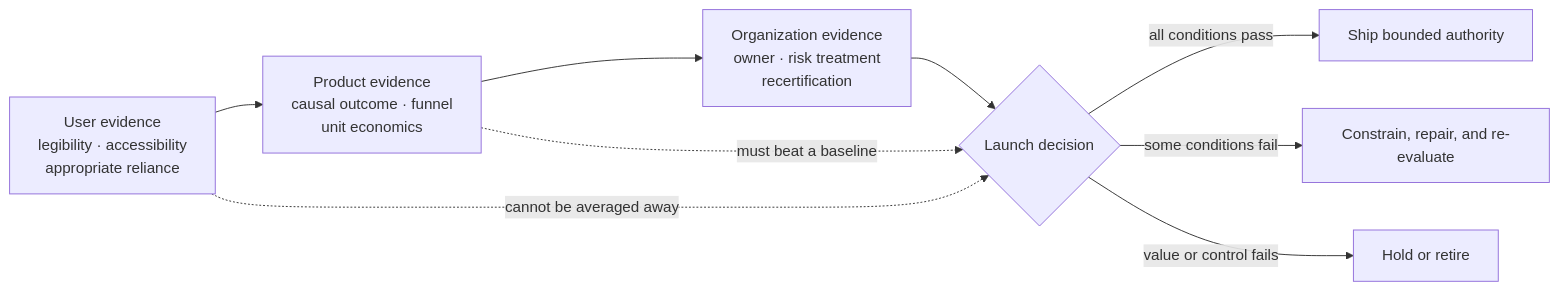
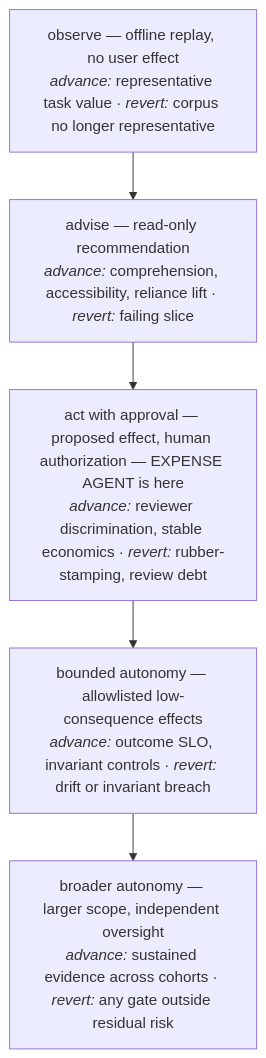
One commit to omkarsarde/agentic-engineering changed the second of 3 diagrams in chapters/28-products-people-organizations.qmd. Above: the diagram before and after it, drawn with Mermaid. The commit also changed other lines of this file and 3 other files, not shown here.

````diff
--- a/chapters/28-products-people-organizations.qmd
+++ b/chapters/28-products-people-organizations.qmd
@@ -39,14 +629,13 @@
 ```{mermaid}
-%%| label: fig-ch28-three-rings
-%%| fig-cap: "Which three evidence rings must agree before an agent receives more authority?"
-%%| fig-alt: "A user evidence ring containing legibility, accessibility, and appropriate reliance feeds a product evidence ring containing outcomes, funnel, and unit economics. That feeds an organization evidence ring containing ownership, risk, and recertification. All three enter one launch decision that can ship, constrain, or hold."
-flowchart LR
-    U["User evidence<br/>legibility · accessibility<br/>appropriate reliance"] --> P["Product evidence<br/>causal outcome · funnel<br/>unit economics"]
-    P --> O["Organization evidence<br/>owner · risk treatment<br/>recertification"]
-    O --> D{"Launch decision"}
-    D -->|"all conditions pass"| SHIP["Ship bounded authority"]
-    D -->|"some conditions fail"| LIMIT["Constrain, repair, and re-evaluate"]
-    D -->|"value or control fails"| HOLD["Hold or retire"]
-    U -. "cannot be averaged away" .-> D
-    P -. "must beat a baseline" .-> D
+%%| echo: false
+%%| label: fig-ch28-ladder
+%%| fig-cap: "What advances an agent up the autonomy ladder, and what reverts it? Each rung names the evidence to climb and the condition that sends it back down. Our expense agent is stuck at act-with-approval: the reliance and accessibility evidence for the next rung is failing."
+%%| fig-alt: "A five-rung ladder from bottom to top: observe (offline replay), advise (read-only recommendation), act with approval (proposed effect, human authorization) marked current, bounded autonomy (allowlisted low-consequence effects), broader autonomy (larger scope with independent oversight). Each rung lists evidence to advance and a reversion condition. An arrow marks the expense agent held at act-with-approval."
+flowchart TB
+    R5["broader autonomy — larger scope, independent oversight<br/><i>advance:</i> sustained evidence across cohorts · <i>revert:</i> any gate outside residual risk"]
+    R4["bounded autonomy — allowlisted low-consequence effects<br/><i>advance:</i> outcome SLO, invariant controls · <i>revert:</i> drift or invariant breach"]
+    R3["act with approval — proposed effect, human authorization — EXPENSE AGENT is here<br/><i>advance:</i> reviewer discrimination, stable economics · <i>revert:</i> rubber-stamping, review debt"]
+    R2["advise — read-only recommendation<br/><i>advance:</i> comprehension, accessibility, reliance lift · <i>revert:</i> failing slice"]
+    R1["observe — offline replay, no user effect<br/><i>advance:</i> representative task value · <i>revert:</i> corpus no longer representative"]
+    R1 --> R2 --> R3 --> R4 --> R5
 ```
````
